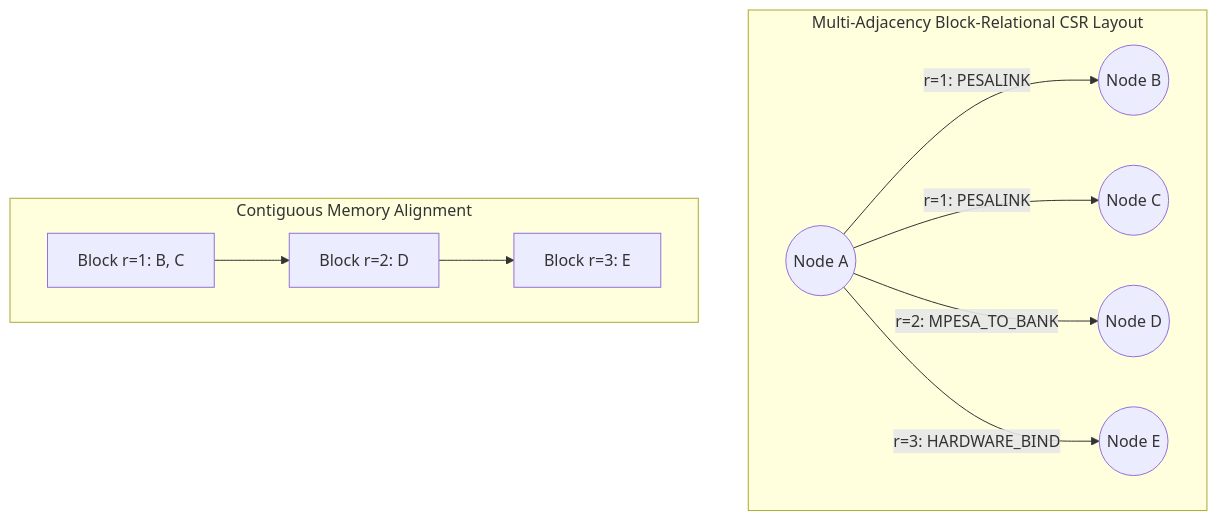
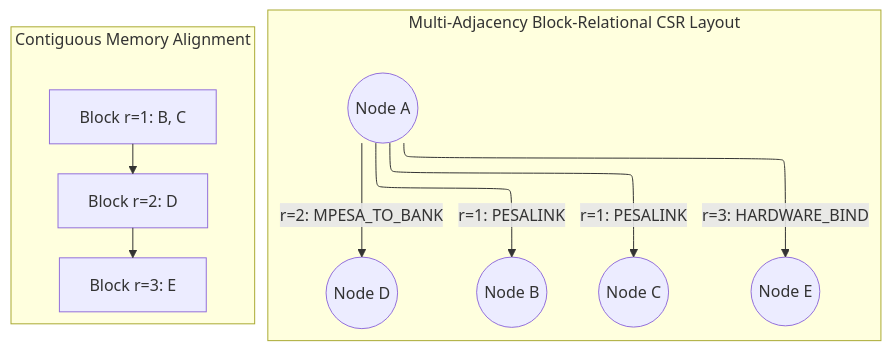
Before and after one commit to TheAlchemistNerd/PesaLink-Fraud-Detection-Overview: the diagram in images/diagrams/multi_adjacency_csr_layout.mmd, drawn with Mermaid. The commit also changed 5 other files, not shown here.

Commit message:
style: sync ELK grid layout mermaid diagrams

```diff
--- a/images/diagrams/multi_adjacency_csr_layout.mmd
+++ b/images/diagrams/multi_adjacency_csr_layout.mmd
@@ -1,14 +1,15 @@
+%%{init: {"flowchart": {"defaultRenderer": "elk"}} }%%
 flowchart TD
     subgraph Multi-Adjacency Block-Relational CSR Layout
         Node1((Node A)) -->|r=1: PESALINK| Node2((Node B))
         Node1 -->|r=1: PESALINK| Node3((Node C))
         Node1 -->|r=2: MPESA_TO_BANK| Node4((Node D))
         Node1 -->|r=3: HARDWARE_BIND| Node5((Node E))
     end
     subgraph Contiguous Memory Alignment
         Mem1[Block r=1: B, C]
         Mem2[Block r=2: D]
         Mem3[Block r=3: E]
         Mem1 --> Mem2
         Mem2 --> Mem3
     end
```
